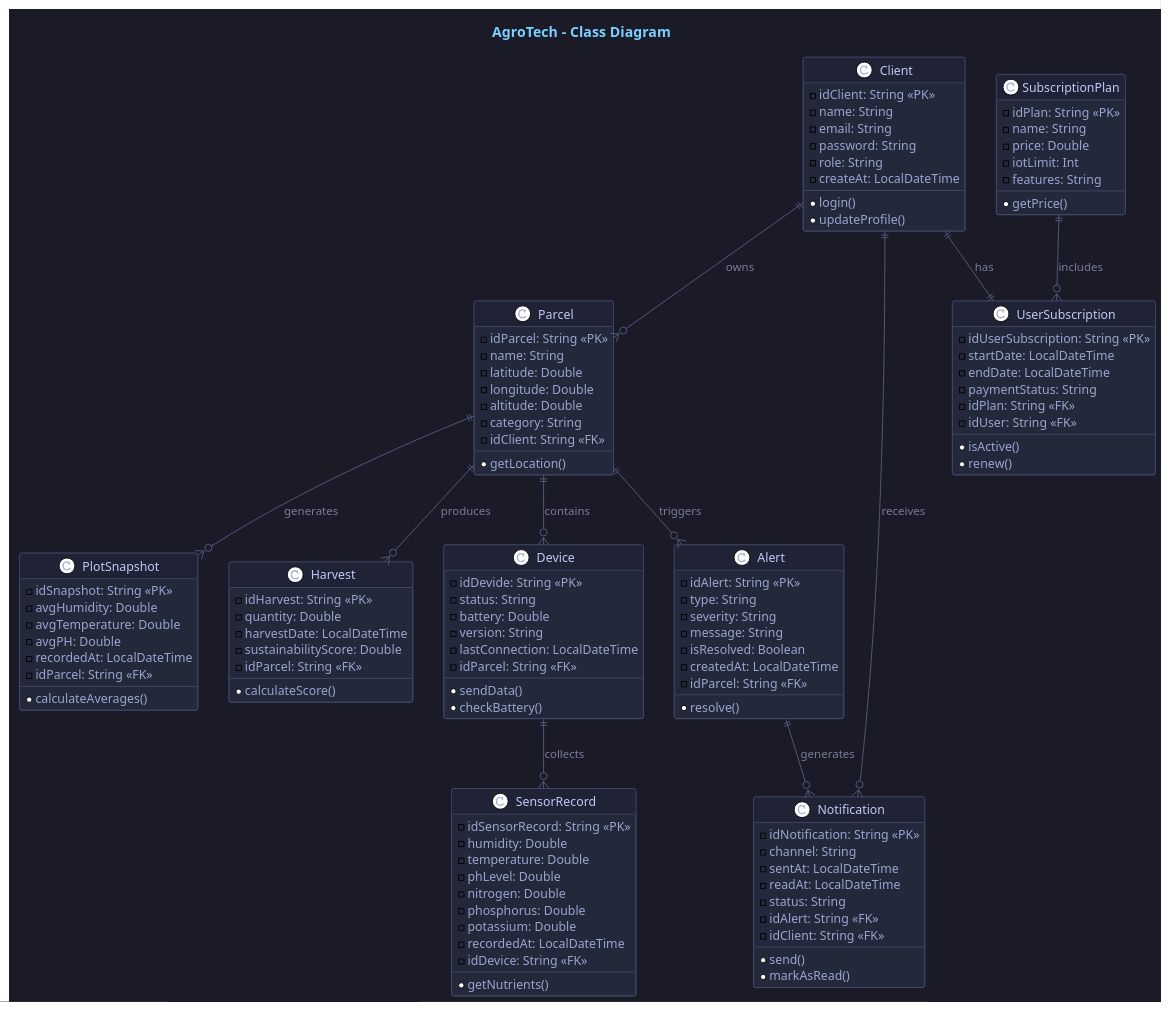
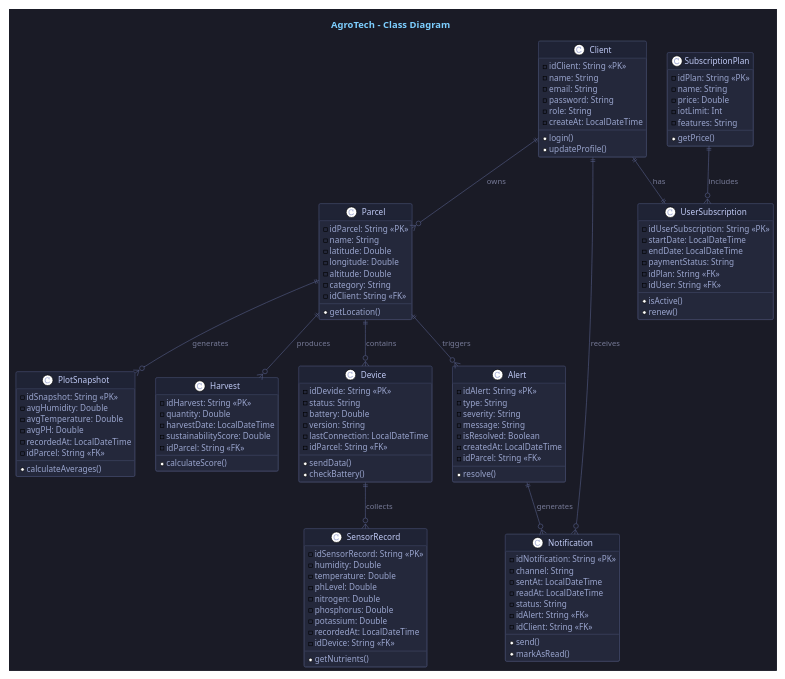
One commit to 1ASI0730-10215-NovaTech-AgroTech/upc-pre-202610-1asi0730-10215-NovaTech-report changed the diagram in report/47-class-diagrams.md. Above: the diagram before and after it, drawn with PlantUML. The commit also changed other lines of this file and 1 other file, not shown here.

Commit message:
refactor: rescaled PlantUML diagrams for better readability

````diff
--- a/report/47-class-diagrams.md
+++ b/report/47-class-diagrams.md
@@ -5,5 +5,8 @@
 ```plantuml
 @startuml
+!theme plain
+scale 2/3
+
 !theme plain
 
 ' ==================== DARK THEME CONFIGURATION ====================
````
